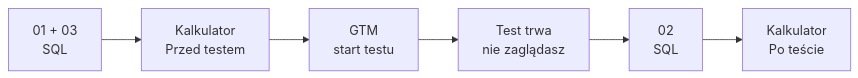
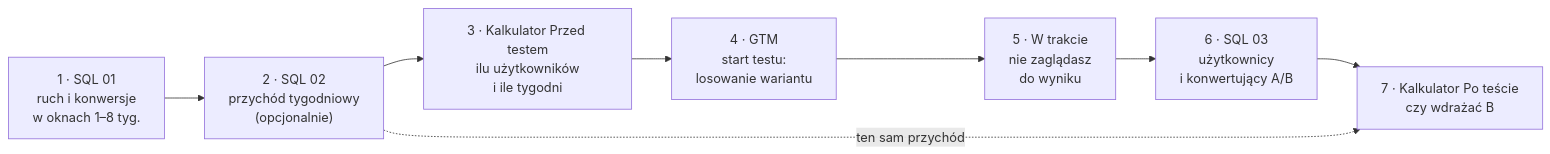
One commit to pmackowka/ga4-ab-testing-template changed the diagram in README.md. Above: the diagram before and after it, drawn with Mermaid. The commit also changed other lines of this file and 6 other files, not shown here.

Commit message:
refactor: numeracja SQL w kolejności użycia, diagram kroków z numerami

````diff
--- a/README.md
+++ b/README.md
@@ -20,4 +20,10 @@
 ```mermaid
 flowchart LR
-    A["01 + 03<br/>SQL"] --> B["Kalkulator<br/>Przed testem"] --> C["GTM<br/>start testu"] --> D["Test trwa<br/>nie zaglądasz"] --> E["02<br/>SQL"] --> F["Kalkulator<br/>Po teście"]
+    S1["1 · SQL 01<br/>ruch i konwersje<br/>w oknach 1–8 tyg."] --> S2["2 · SQL 02<br/>przychód tygodniowy<br/>(opcjonalnie)"]
+    S2 --> S3["3 · Kalkulator Przed testem<br/>ilu użytkowników<br/>i ile tygodni"]
+    S3 --> S4["4 · GTM<br/>start testu:<br/>losowanie wariantu"]
+    S4 --> S5["5 · W trakcie<br/>nie zaglądasz<br/>do wyniku"]
+    S5 --> S6["6 · SQL 03<br/>użytkownicy<br/>i konwertujący A/B"]
+    S6 --> S7["7 · Kalkulator Po teście<br/>czy wdrażać B"]
+    S2 -.->|ten sam przychód| S7
 ```
````
